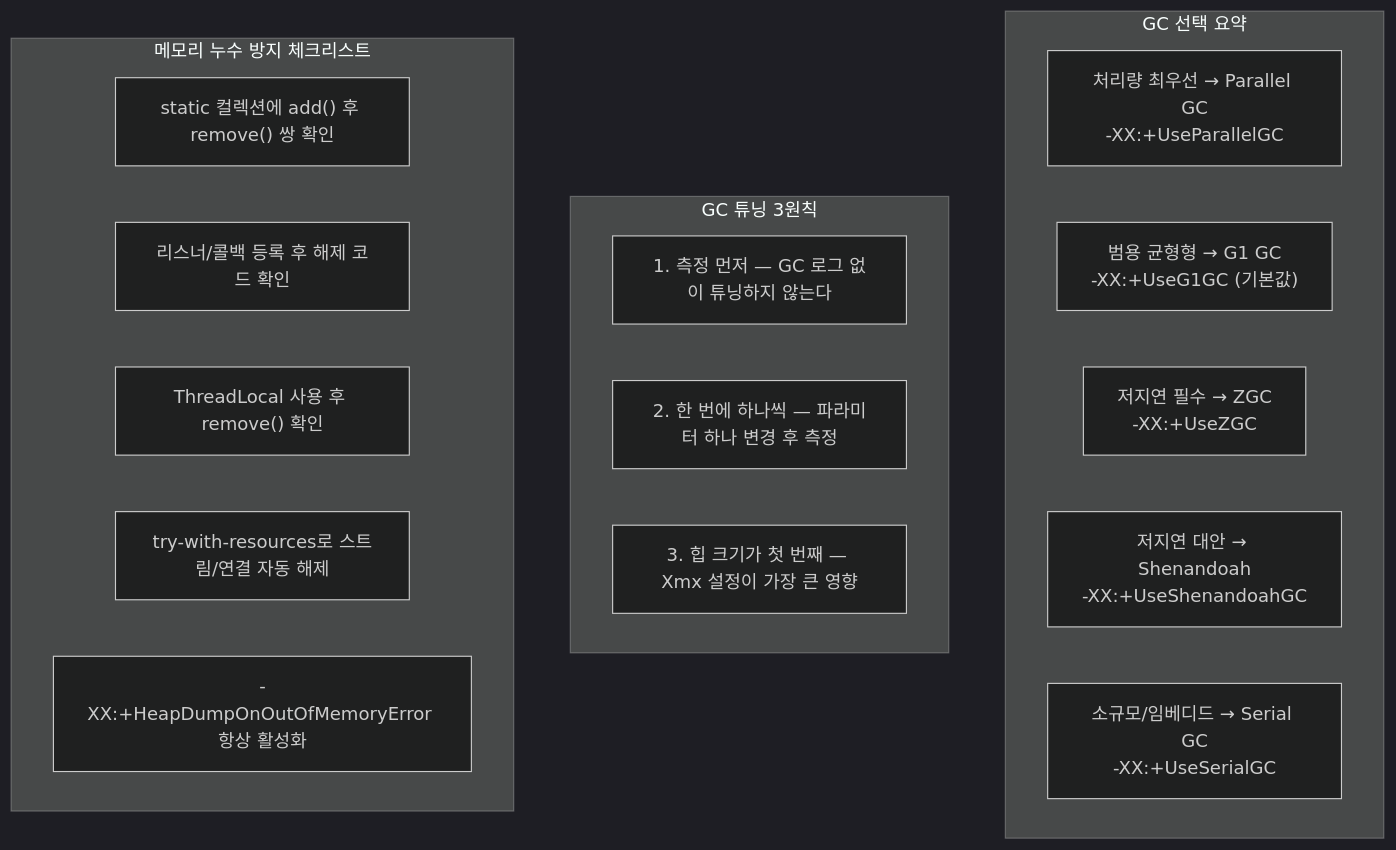
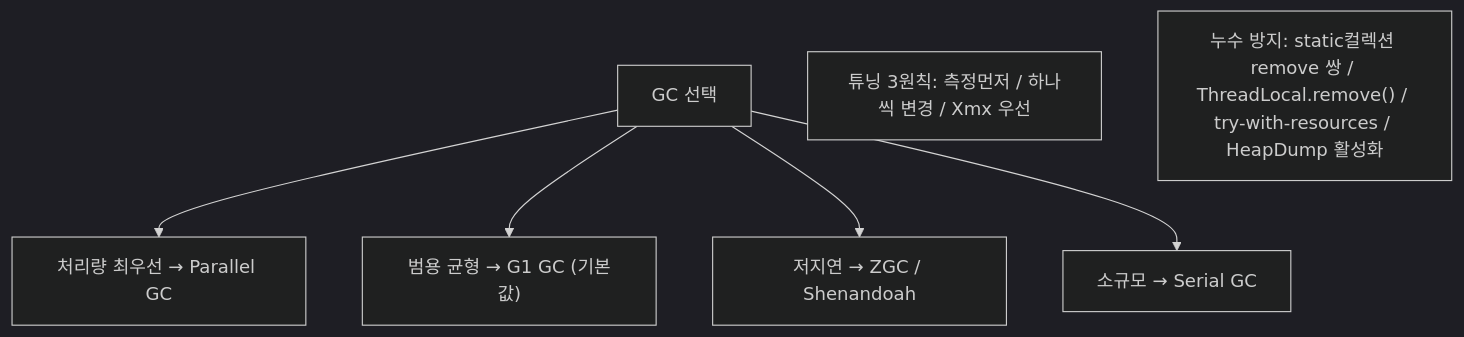
One commit to yjkim2015/yjkim2015.github.io changed diagram 29 of 29 in _posts/java/2026-05-01-java-garbage-collector.md. Above: the diagram before and after it, drawn with Mermaid (dark theme). The commit also changed other lines of this file and 215 other files, not shown here.

First line of the commit message:
신규 포스트 10개 추가 + Mermaid 전면 축소 + SystemDesign 시리즈 보강

````diff
--- a/_posts/java/2026-05-01-java-garbage-collector.md
+++ b/_posts/java/2026-05-01-java-garbage-collector.md
@@ -1155,22 +1064,10 @@
 ```mermaid
 graph TD
-    subgraph "GC 선택 요약"
-        PAR["처리량 최우선 → Parallel GC\n-XX:+UseParallelGC"]
-        G1["범용 균형형 → G1 GC\n-XX:+UseG1GC (기본값)"]
-        ZGC["저지연 필수 → ZGC\n-XX:+UseZGC"]
-        SHN["저지연 대안 → Shenandoah\n-XX:+UseShenandoahGC"]
-        SER["소규모/임베디드 → Serial GC\n-XX:+UseSerialGC"]
-    end
-    subgraph "GC 튜닝 3원칙"
-        P1["1. 측정 먼저 — GC 로그 없이 튜닝하지 않는다"]
-        P2["2. 한 번에 하나씩 — 파라미터 하나 변경 후 측정"]
-        P3["3. 힙 크기가 첫 번째 — Xmx 설정이 가장 큰 영향"]
-    end
-    subgraph "메모리 누수 방지 체크리스트"
-        C1["static 컬렉션에 add() 후 remove() 쌍 확인"]
-        C2["리스너/콜백 등록 후 해제 코드 확인"]
-        C3["ThreadLocal 사용 후 remove() 확인"]
-        C4["try-with-resources로 스트림/연결 자동 해제"]
-        C5["-XX:+HeapDumpOnOutOfMemoryError 항상 활성화"]
-    end
+    GC["GC 선택"]
+    GC --> PAR["처리량 최우선 → Parallel GC"]
+    GC --> G1["범용 균형 → G1 GC (기본값)"]
+    GC --> ZGC["저지연 → ZGC / Shenandoah"]
+    GC --> SER["소규모 → Serial GC"]
+    TUNE["튜닝 3원칙: 측정먼저 / 하나씩 변경 / Xmx 우선"]
+    LEAK["누수 방지: static컬렉션 remove 쌍 / ThreadLocal.remove() / try-with-resources / HeapDump 활성화"]
 ```
````
